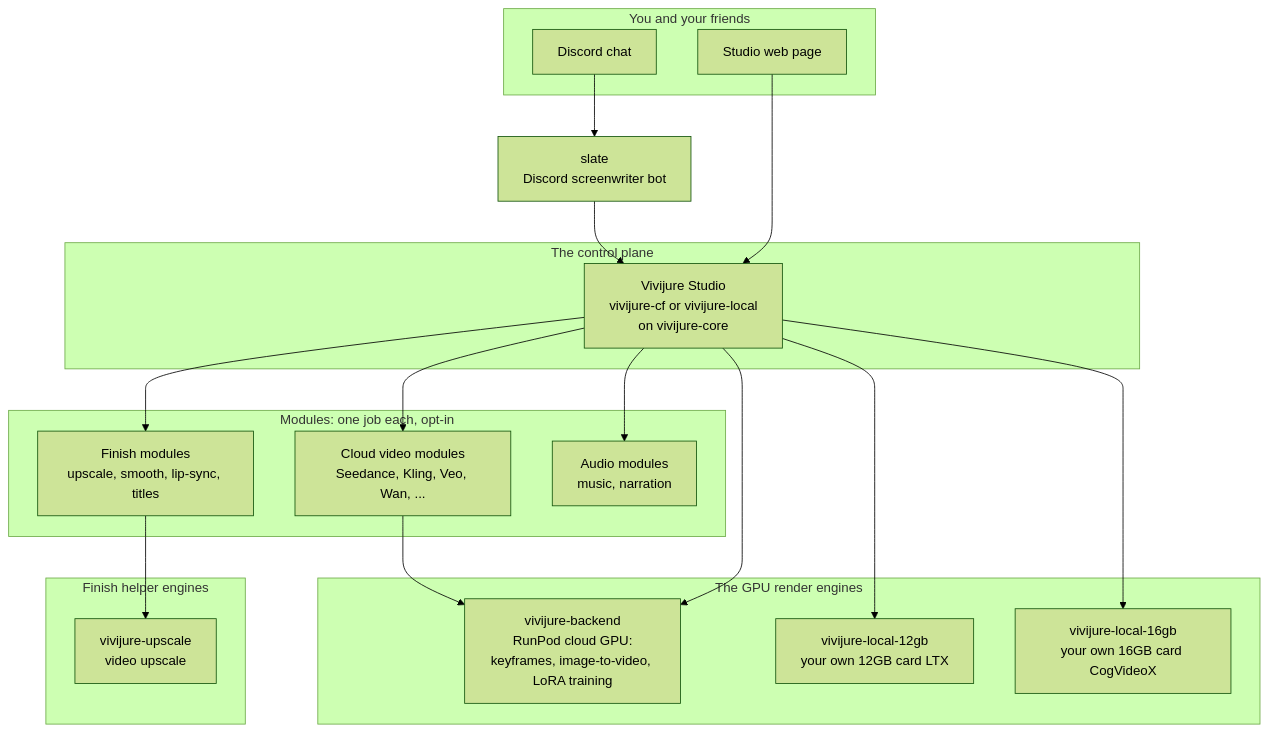
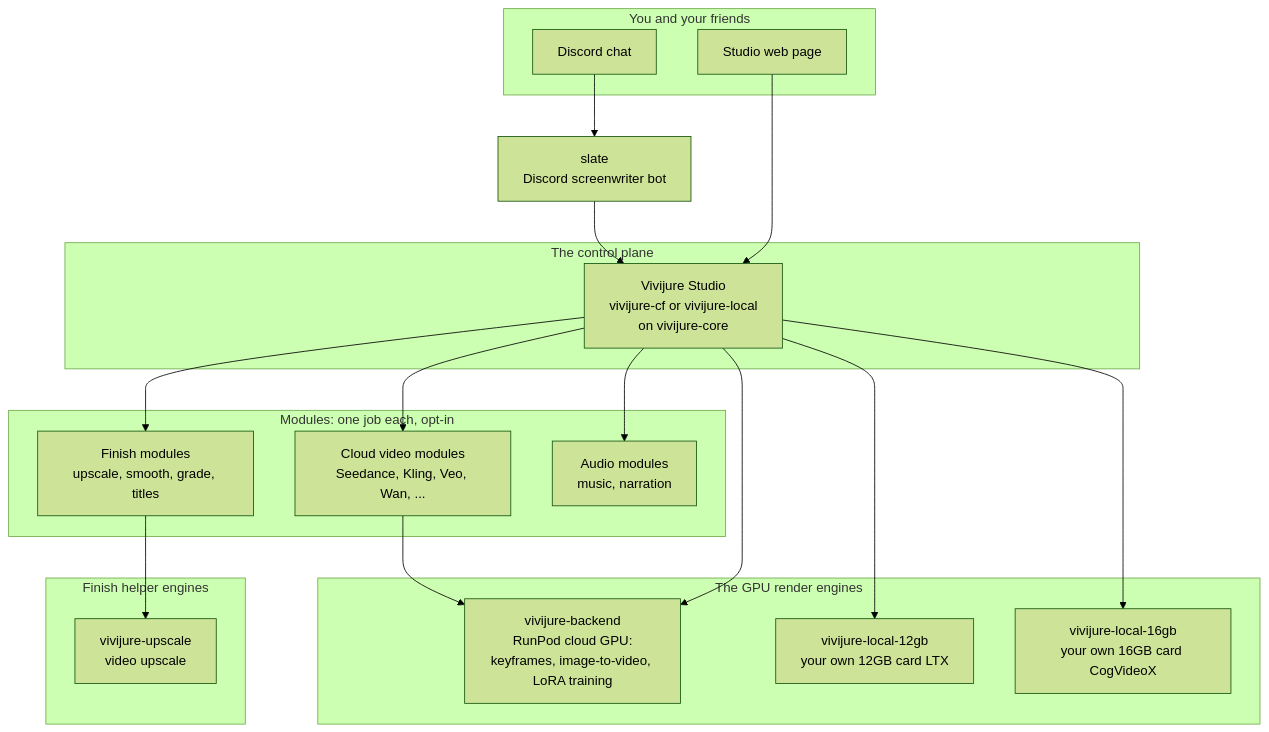
One commit to skyphusion-labs/vivijure-backend changed the diagram in README.md. Above: the diagram before and after it, drawn with Mermaid (forest theme). The commit also changed 6 other files, not shown here.

````diff
--- a/README.md
+++ b/README.md
@@ -25,41 +25,41 @@
 ```mermaid
 flowchart TD
     subgraph front[You and your friends]
         discord[Discord chat]
         ui[Studio web page]
     end
 
     slate[slate<br/>Discord screenwriter bot]
 
     subgraph core[The control plane]
         studio[Vivijure Studio<br/>vivijure-cf or vivijure-local<br/>on vivijure-core]
     end
 
     subgraph modules[Modules: one job each, opt-in]
         cloudmods[Cloud video modules<br/>Seedance, Kling, Veo, Wan, ...]
-        finishmods[Finish modules<br/>upscale, smooth, lip-sync, titles]
+        finishmods[Finish modules<br/>upscale, smooth, grade, titles]
         audiomods[Audio modules<br/>music, narration]
     end
 
     subgraph gpu[The GPU render engines]
         backend[vivijure-backend<br/>RunPod cloud GPU:<br/>keyframes, image-to-video, LoRA training]
         local12[vivijure-local-12gb<br/>your own 12GB card LTX]
         local16[vivijure-local-16gb<br/>your own 16GB card CogVideoX]
     end
 
     subgraph finish[Finish helper engines]
         upscale[vivijure-upscale<br/>video upscale]
     end
 
     discord --> slate
     slate --> studio
     ui --> studio
     studio --> cloudmods
     studio --> finishmods
     studio --> audiomods
     cloudmods --> backend
     finishmods --> upscale
     studio --> backend
     studio --> local12
     studio --> local16
 ```
````
